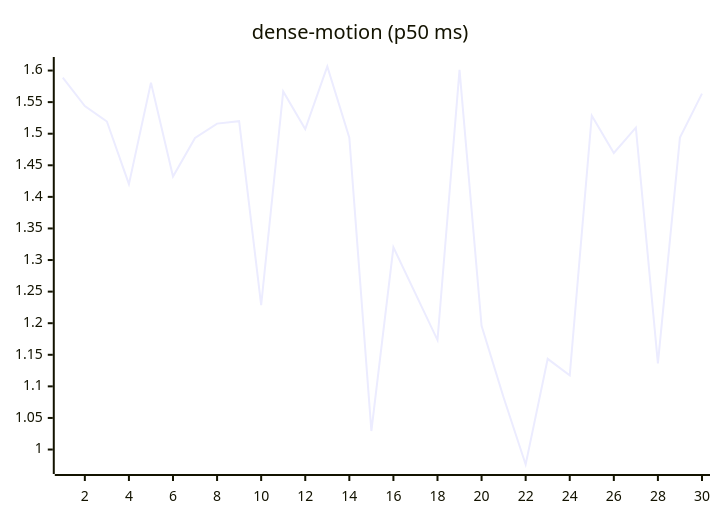
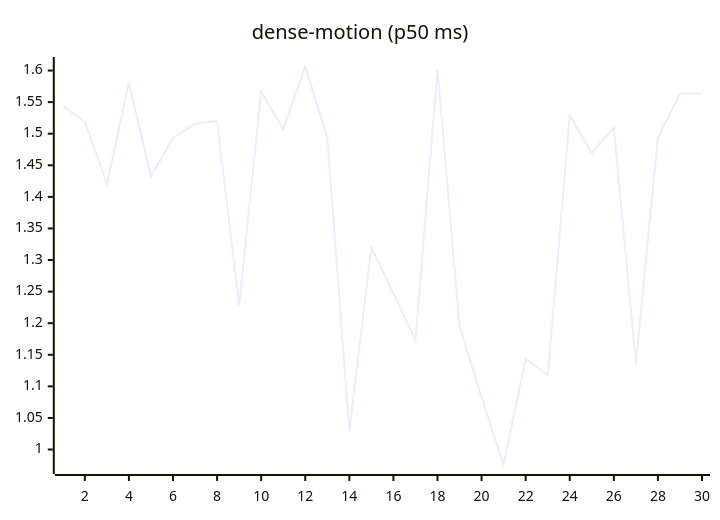
Before and after one commit to josha/Facet: the ninth of 27 diagrams in README.md, drawn with Mermaid. The commit also changed other lines of this file and 2 other files, not shown here.

````diff
--- a/README.md
+++ b/README.md
@@ -119,6 +119,6 @@
 ```mermaid
 xychart-beta
     title "dense-motion (p50 ms)"
     x-axis 1 --> 30
-    line [1.5887, 1.5438, 1.5193, 1.4201, 1.5809, 1.4323, 1.4933, 1.5160, 1.5198, 1.2285, 1.5668, 1.5073, 1.6064, 1.4938, 1.0293, 1.3202, 1.2469, 1.1733, 1.6011, 1.1959, 1.0823, 0.9763, 1.1436, 1.1174, 1.5286, 1.4695, 1.5096, 1.1365, 1.4939, 1.5634]
+    line [1.5438, 1.5193, 1.4201, 1.5809, 1.4323, 1.4933, 1.5160, 1.5198, 1.2285, 1.5668, 1.5073, 1.6064, 1.4938, 1.0293, 1.3202, 1.2469, 1.1733, 1.6011, 1.1959, 1.0823, 0.9763, 1.1436, 1.1174, 1.5286, 1.4695, 1.5096, 1.1365, 1.4939, 1.5634, 1.5638]
 ```
````
